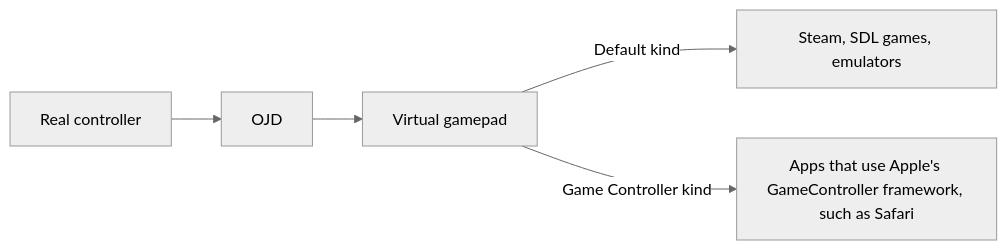
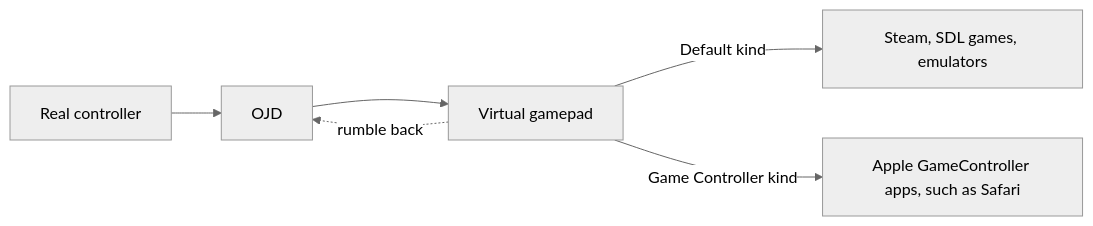
The diagram in wiki/Playing-Games.md (xsyetopz/OpenJoystickDriver), drawn with Mermaid (neutral theme) before and after one commit. The commit also changed other lines of this file, not shown here.

````diff
--- a/wiki/Playing-Games.md
+++ b/wiki/Playing-Games.md
@@ -26,7 +18,8 @@
 ```mermaid
 flowchart LR
     C[Real controller] --> O[OJD]
     O --> V[Virtual gamepad]
     V -->|Default kind| S[Steam, SDL games, emulators]
-    V -->|Game Controller kind| A[Apps that use Apple's GameController framework, such as Safari]
+    V -->|Game Controller kind| A[Apple GameController apps, such as Safari]
+    V -.->|rumble back| O
 ```
````
